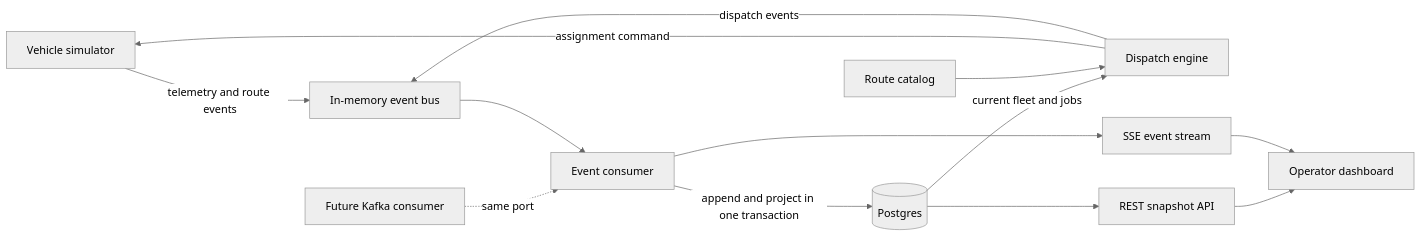
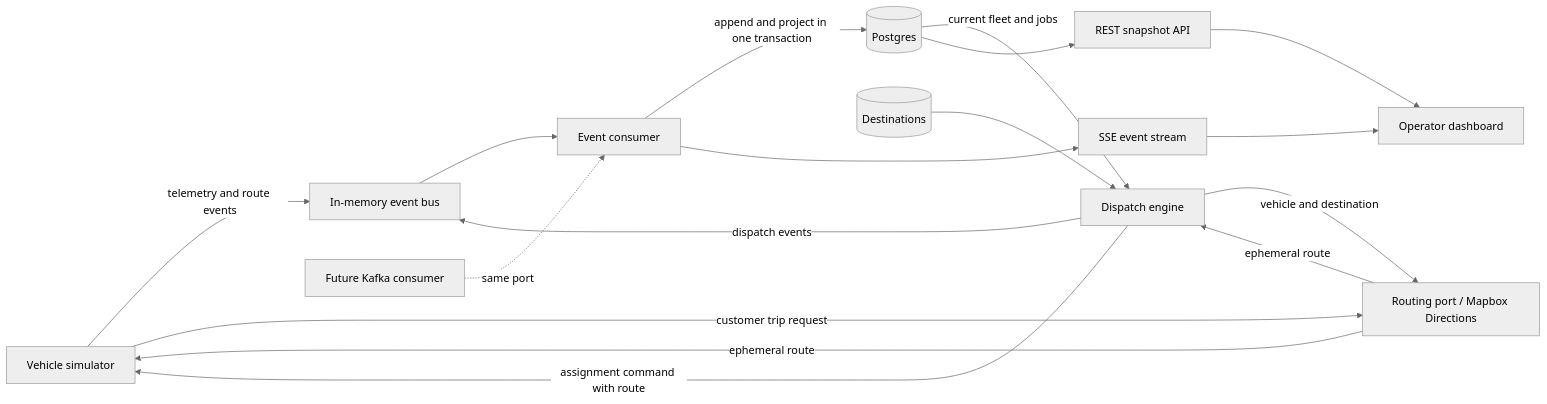
Before and after one commit to jeffywu/vay-fleet-radar: the diagram in plans/ARCHITECTURE.md, drawn with Mermaid (neutral theme). The commit also changed other lines of this file and 1 other file, not shown here.

Commit message:
Document runtime Mapbox routing and bounded simulation world

````diff
--- a/plans/ARCHITECTURE.md
+++ b/plans/ARCHITECTURE.md
@@ -36,15 +37,19 @@
 ```mermaid
 flowchart LR
     S[Vehicle simulator] -->|telemetry and route events| M[In-memory event bus]
     K[Future Kafka consumer] -. same port .-> C[Event consumer]
     M --> C
     C -->|append and project in one transaction| P[(Postgres)]
     P -->|current fleet and jobs| D[Dispatch engine]
-    R[Route catalog] --> D
-    D -->|assignment command| S
+    X[(Destinations)] --> D
+    D -->|vehicle and destination| R[Routing port / Mapbox Directions]
+    R -->|ephemeral route| D
+    S -->|customer trip request| R
+    R -->|ephemeral route| S
+    D -->|assignment command with route| S
     D -->|dispatch events| M
     P --> A[REST snapshot API]
     C --> E[SSE event stream]
     A --> W[Operator dashboard]
     E --> W
 ```
````
